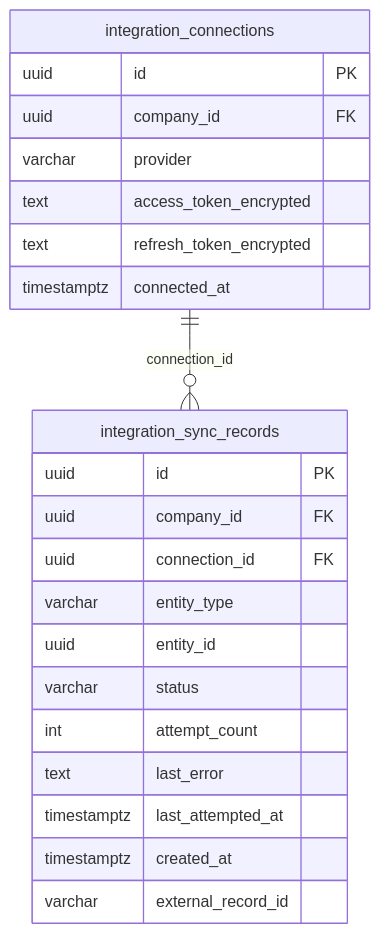
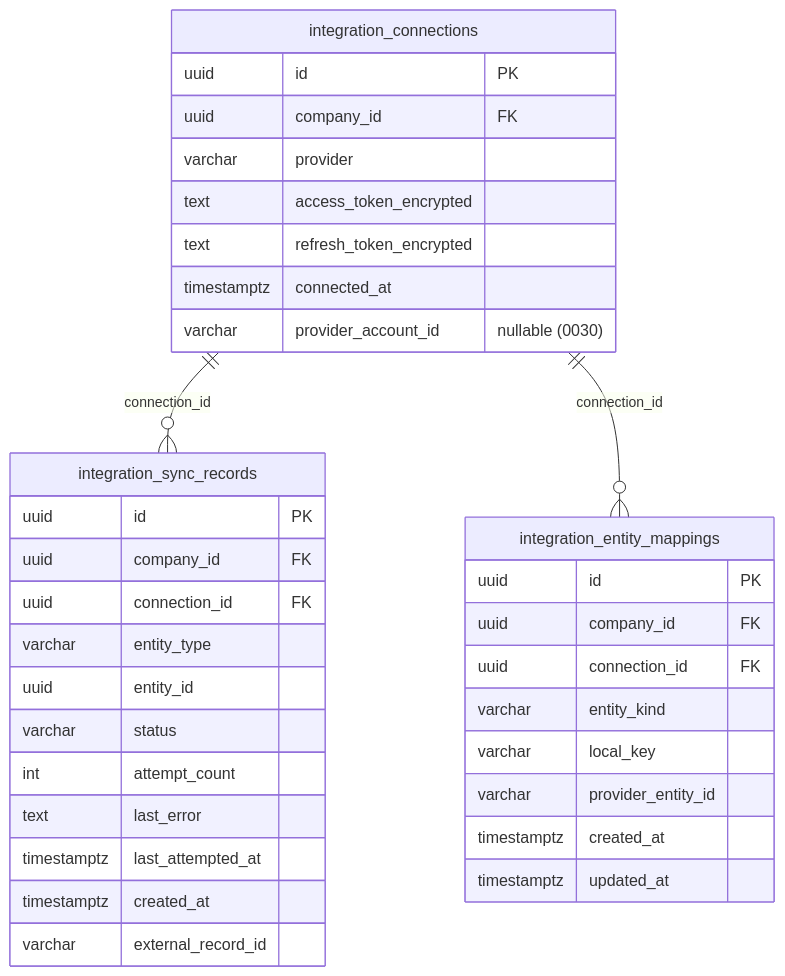
The ninth of 13 diagrams in docs/13-database-erd.md (ETXSVC/New_Builders_Stream), drawn with Mermaid before and after one commit. The commit also changed other lines of this file and 3 other files, not shown here.

First line of the commit message:
docs: re-derive the schema docs against migration 0033 (#123)

````diff
--- a/docs/13-database-erd.md
+++ b/docs/13-database-erd.md
@@ -495,26 +495,38 @@
 ```mermaid
 erDiagram
     integration_connections {
         uuid id "PK"
         uuid company_id "FK"
         varchar provider
         text access_token_encrypted
         text refresh_token_encrypted
         timestamptz connected_at
+        varchar provider_account_id "nullable (0030)"
+    }
+    integration_entity_mappings {
+        uuid id "PK"
+        uuid company_id "FK"
+        uuid connection_id "FK"
+        varchar entity_kind
+        varchar local_key
+        varchar provider_entity_id
+        timestamptz created_at
+        timestamptz updated_at
     }
     integration_sync_records {
         uuid id "PK"
         uuid company_id "FK"
         uuid connection_id "FK"
         varchar entity_type
         uuid entity_id
         varchar status
         int attempt_count
         text last_error
         timestamptz last_attempted_at
         timestamptz created_at
         varchar external_record_id
     }
 
     integration_connections ||--o{ integration_sync_records : "connection_id"
+    integration_connections ||--o{ integration_entity_mappings : "connection_id"
 ```
````
